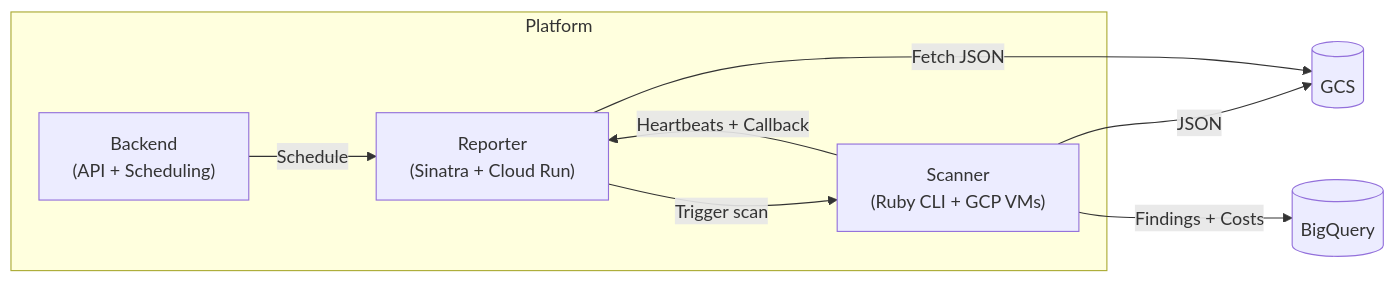
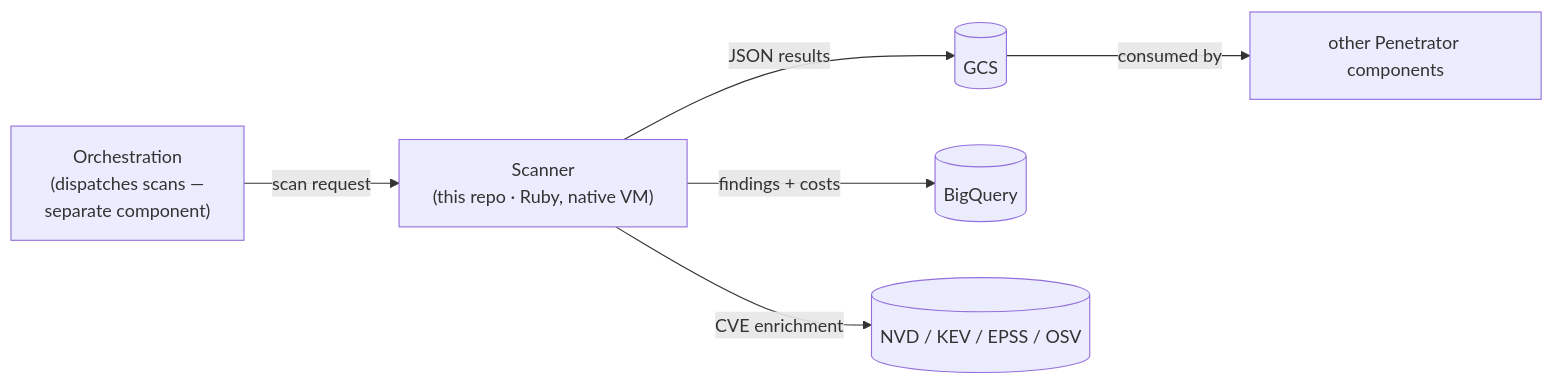
One commit to Peregrine-Technology-Systems/peregrine-penetrator-scanner changed the first of 3 diagrams in README.md. Above: the diagram before and after it, drawn with Mermaid. The commit also changed other lines of this file and 1 other file, not shown here.

First line of the commit message:
docs: update README for the org-native cutover (#932)

````diff
--- a/README.md
+++ b/README.md
@@ -34,15 +30,8 @@
 ```mermaid
 graph LR
-    subgraph Platform
-        Reporter["Reporter<br/>(Sinatra + Cloud Run)"]
-        Scanner["Scanner<br/>(Ruby CLI + GCP VMs)"]
-        Backend["Backend<br/>(API + Scheduling)"]
-    end
-
-    Reporter -->|Trigger scan| Scanner
-    Scanner -->|Heartbeats + Callback| Reporter
-    Scanner -->|JSON| GCS[(GCS)]
-    Scanner -->|Findings + Costs| BQ[(BigQuery)]
-    Reporter -->|Fetch JSON| GCS
-    Backend -->|Schedule| Reporter
+    Orchestration["Orchestration<br/>(dispatches scans —<br/>separate component)"] -->|scan request| Scanner["Scanner<br/>(this repo · Ruby, native VM)"]
+    Scanner -->|JSON results| GCS[(GCS)]
+    Scanner -->|findings + costs| BQ[(BigQuery)]
+    Scanner -->|CVE enrichment| CVE[(NVD / KEV / EPSS / OSV)]
+    GCS -->|consumed by| Other["other Penetrator components"]
 ```
````
